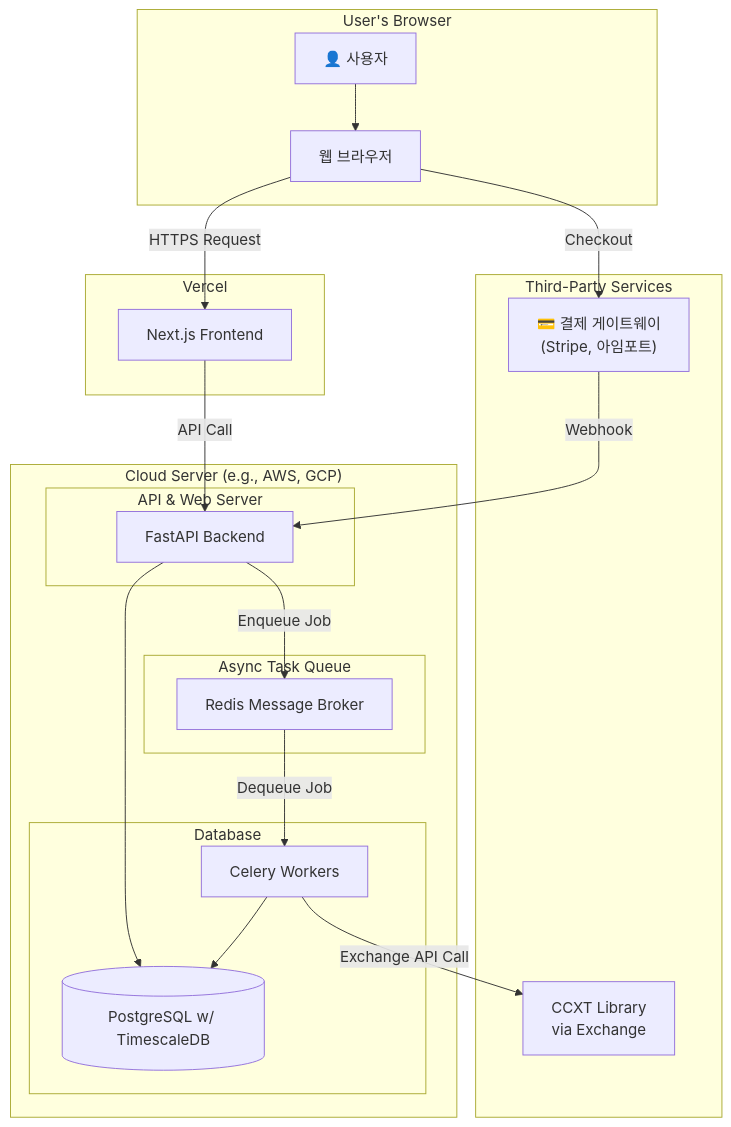
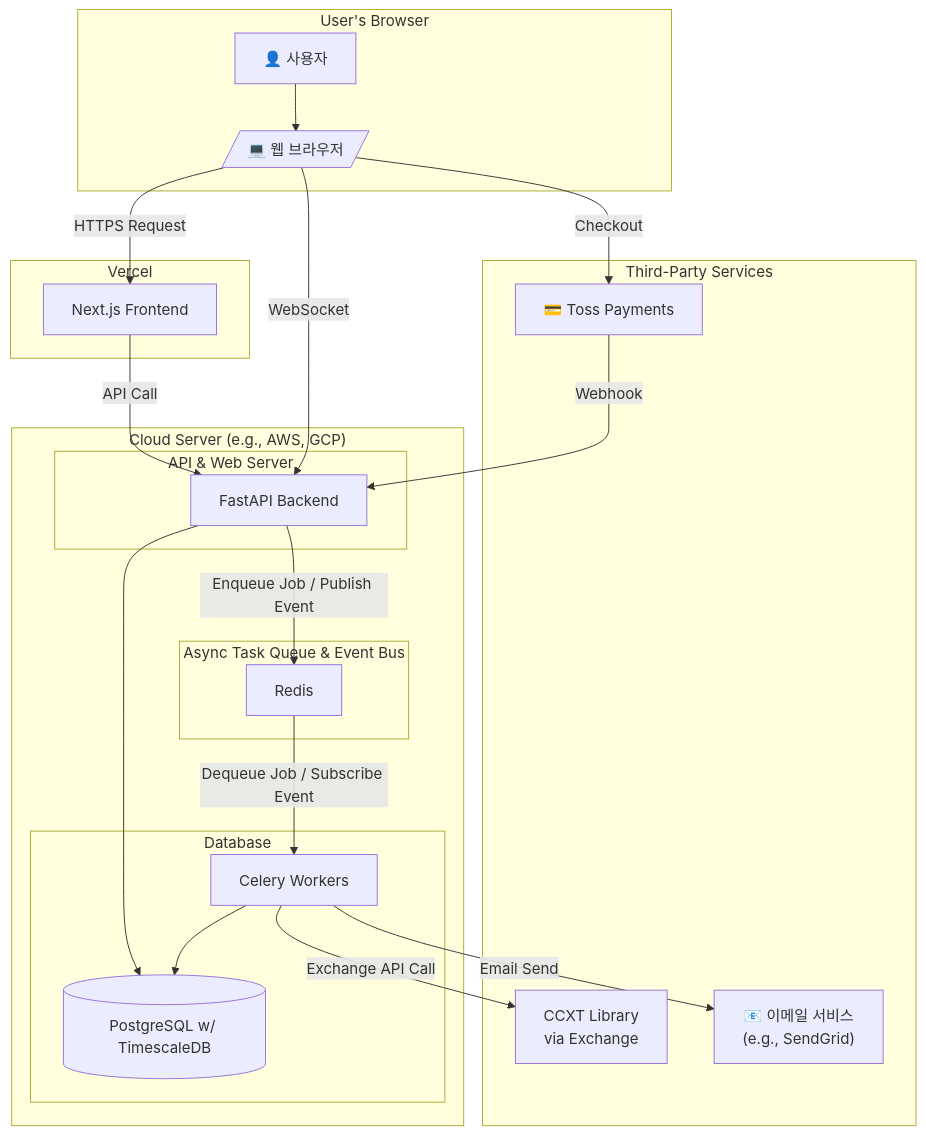
The diagram in docs/03_Architecture.md (sleepyMS/Cortex), drawn with Mermaid before and after one commit. The commit also changed other lines of this file and 4 other files, not shown here.

````diff
--- a/docs/03_Architecture.md
+++ b/docs/03_Architecture.md
@@ -7,32 +9,35 @@
 ```mermaid
 graph TD
-    subgraph "User's Browser"
-        User["👤 사용자"] --> Browser[웹 브라우저]
-    end
+subgraph "User's Browser"
+User["👤 사용자"] --> Browser[/"💻 웹 브라우저"/]
+end
 
     subgraph "Vercel"
         Browser -- HTTPS Request --> FE[Next.js Frontend]
     end
 
     subgraph "Cloud Server (e.g., AWS, GCP)"
         subgraph "API & Web Server"
             FE -- API Call --> BE[FastAPI Backend]
+            Browser -- WebSocket --> BE
         end
 
         subgraph "Database"
             BE --> DB[(PostgreSQL w/ TimescaleDB)]
             Celery[Celery Workers] --> DB
         end
 
-        subgraph "Async Task Queue"
-            BE -- Enqueue Job --> Redis[Redis Message Broker]
-            Redis -- Dequeue Job --> Celery
+        subgraph "Async Task Queue & Event Bus"
+            BE -- Enqueue Job / Publish Event --> Redis[Redis]
+            Redis -- Dequeue Job / Subscribe Event --> Celery
         end
     end
 
     subgraph "Third-Party Services"
-        Browser -- Checkout --> PaymentGW["💳 결제 게이트웨이<br>(Stripe, 아임포트)"]
+        Browser -- Checkout --> PaymentGW["💳 Toss Payments"]
         PaymentGW -- Webhook --> BE
         Celery -- Exchange API Call --> CCXT["CCXT Library<br>via Exchange"]
+        Celery -- Email Send --> EmailSvc["📧 이메일 서비스<br>(e.g., SendGrid)"]
     end
+
 ```
````
